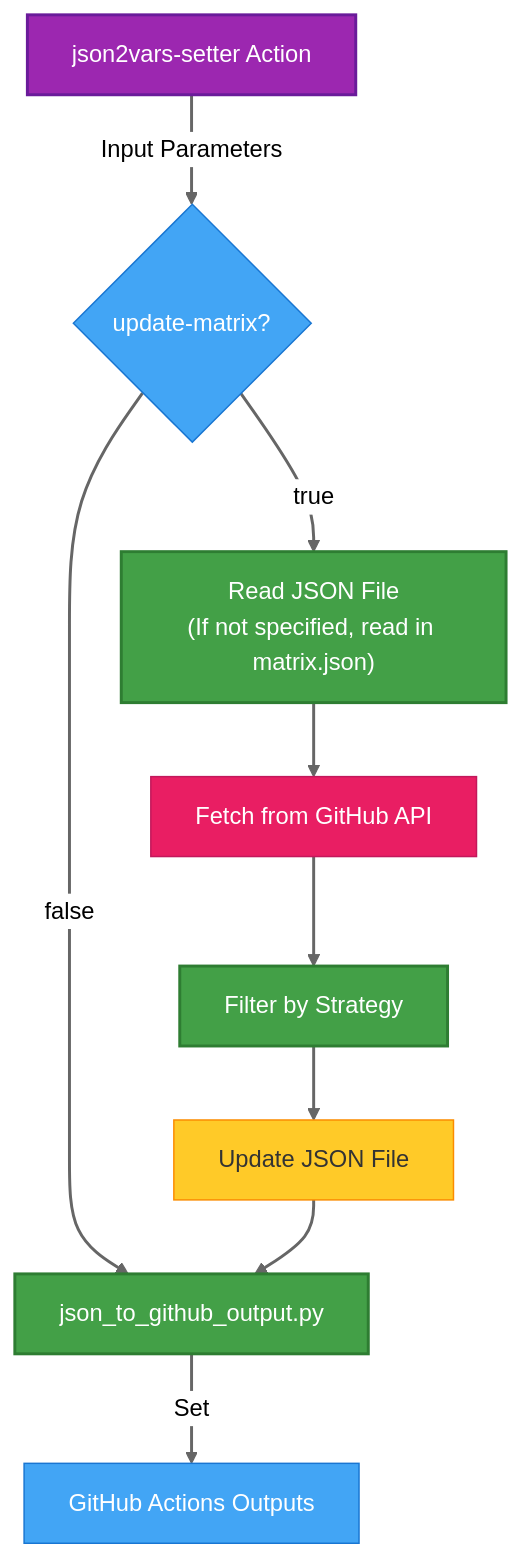
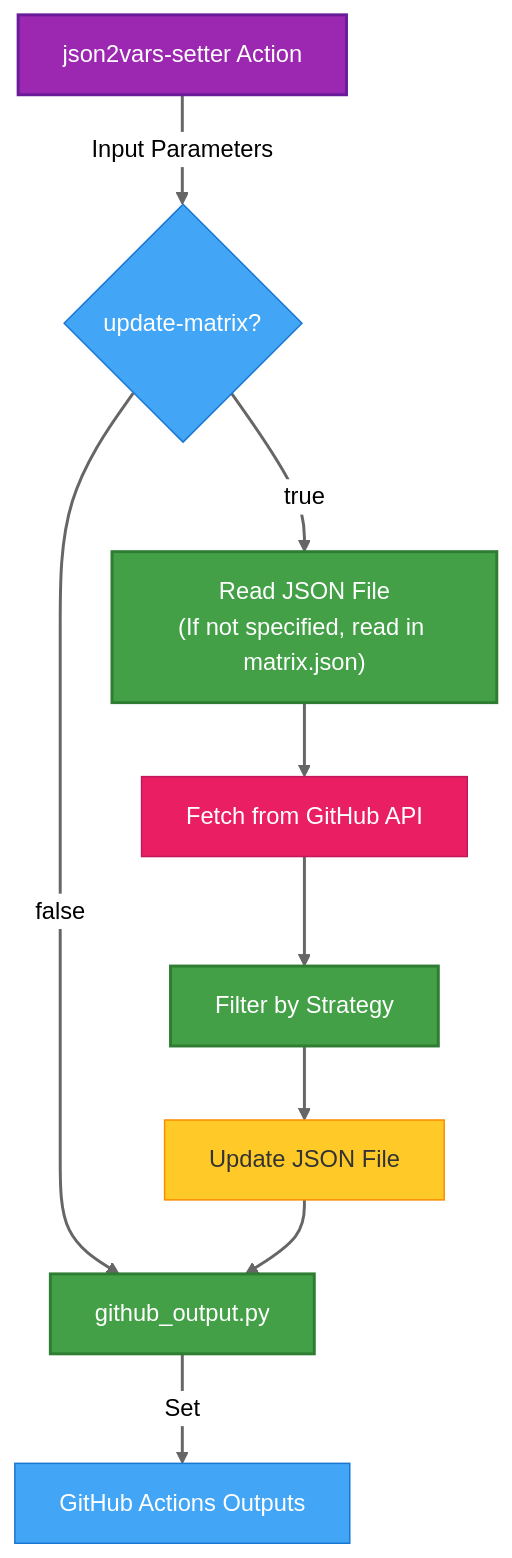
One commit to 7rikazhexde/json2vars-setter changed the first of 2 diagrams in docs/features/dynamic-update.md. Above: the diagram before and after it, drawn with Mermaid (neutral theme). The commit also changed other lines of this file and 20 other files, not shown here.

````diff
--- a/docs/features/dynamic-update.md
+++ b/docs/features/dynamic-update.md
@@ -9,34 +9,34 @@
 ```mermaid
 graph TD
     Start[json2vars-setter Action] -->|Input Parameters| Condition{update-matrix?}
 
     %% False path - direct JSON parsing
-    Condition -->|false| G[json_to_github_output.py]
+    Condition -->|false| G[github_output.py]
 
     %% True path - update then parse
     Condition -->|true| Step1[Read JSON File<br>#40;If not specified, read in matrix.json#41;]
     Step1 --> Step2[Fetch from GitHub API]
     Step2 --> Step3[Filter by Strategy]
     Step3 --> Step4[Update JSON File]
     Step4 --> G
 
     %% Common final step
     G -->|Set| H[GitHub Actions Outputs]
 
     %% 中央配置の設定
     linkStyle default stroke-width:2px
 
     classDef condition fill:#42a5f5,stroke:#1976d2,stroke-width:1px,color:#fff
     classDef process fill:#43a047,stroke:#2e7d32,stroke-width:2px,color:#fff
     classDef api fill:#e91e63,stroke:#c2185b,stroke-width:1px,color:#fff
     classDef json fill:#ffca28,stroke:#fb8c00,stroke-width:1px,color:#333333
     classDef output fill:#42a5f5,stroke:#1976d2,stroke-width:1px,color:#fff
     classDef start fill:#9c27b0,stroke:#6a1b9a,stroke-width:2px,color:#fff
 
     class Start start
     class Condition condition
     class Step2 api
     class Step1,Step3,G process
     class Step4 json
     class H output
 ```
````
